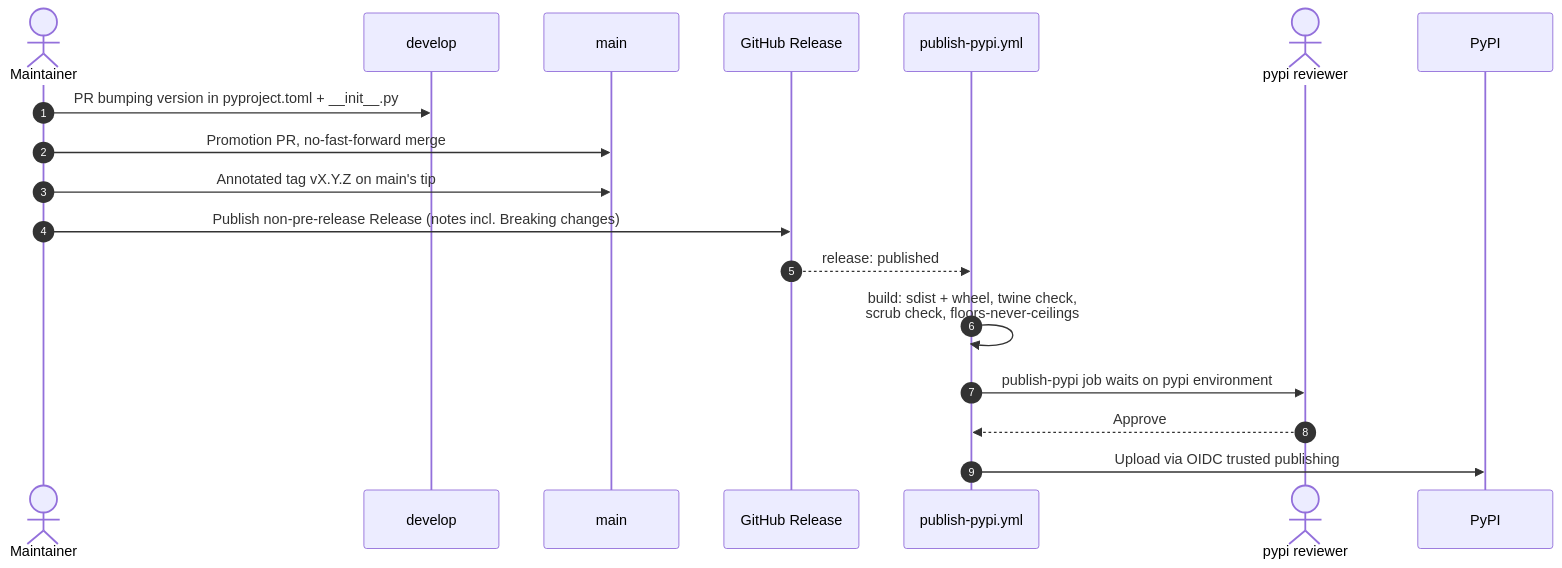
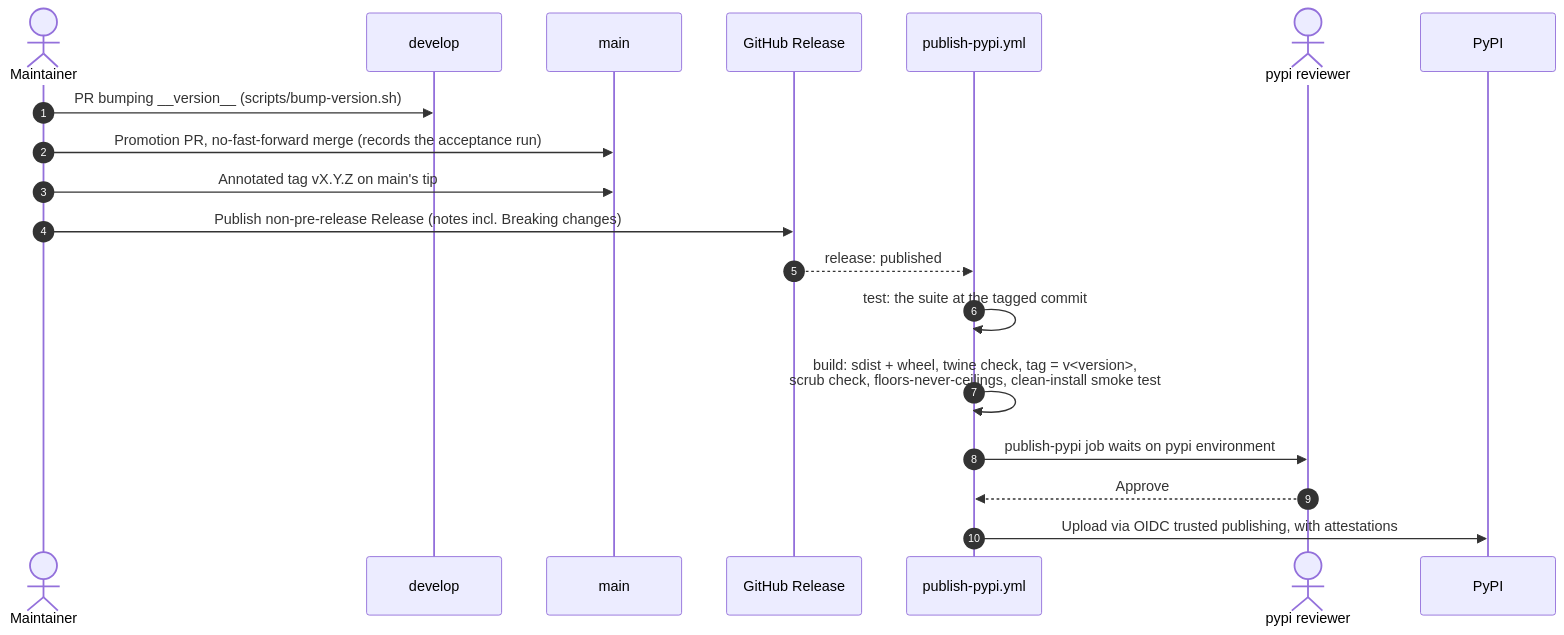
The third of 4 diagrams in docs/releasing.md (Donkey-Development-Kit/donkey-development-kit), drawn with Mermaid before and after one commit. The commit also changed other lines of this file and 11 other files, not shown here.

First line of the commit message:
ci(release): one version source, tag check, wheel smoke, attestations (#1075)

````diff
--- a/docs/releasing.md
+++ b/docs/releasing.md
@@ -191,21 +198,22 @@
 ```mermaid
 sequenceDiagram
   autonumber
   actor M as Maintainer
   participant D as develop
   participant Main as main
   participant GH as GitHub Release
   participant W as publish-pypi.yml
   actor R as pypi reviewer
   participant P as PyPI
 
-  M->>D: PR bumping version in pyproject.toml + __init__.py
-  M->>Main: Promotion PR, no-fast-forward merge
+  M->>D: PR bumping __version__ (scripts/bump-version.sh)
+  M->>Main: Promotion PR, no-fast-forward merge (records the acceptance run)
   M->>Main: Annotated tag vX.Y.Z on main's tip
   M->>GH: Publish non-pre-release Release (notes incl. Breaking changes)
   GH-->>W: release: published
-  W->>W: build: sdist + wheel, twine check,<br/>scrub check, floors-never-ceilings
+  W->>W: test: the suite at the tagged commit
+  W->>W: build: sdist + wheel, twine check, tag = v<version>,<br/>scrub check, floors-never-ceilings, clean-install smoke test
   W->>R: publish-pypi job waits on pypi environment
   R-->>W: Approve
-  W->>P: Upload via OIDC trusted publishing
+  W->>P: Upload via OIDC trusted publishing, with attestations
 ```
````
